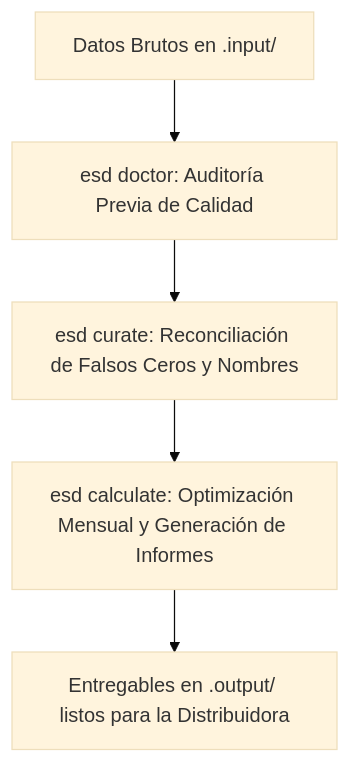
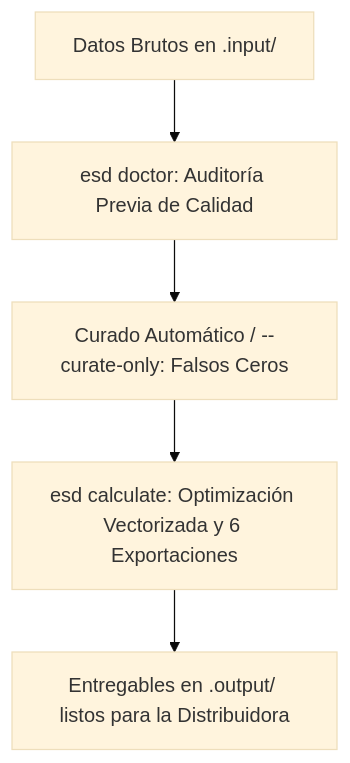
The second of 2 diagrams in docs/GUIDE_ES.md (marcosDLCS/electricity-share-distributor), drawn with Mermaid (base theme) before and after one commit. The commit also changed other lines of this file and 6 other files, not shown here.

````diff
--- a/docs/GUIDE_ES.md
+++ b/docs/GUIDE_ES.md
@@ -209,7 +170,7 @@
 ```mermaid
 graph TD
     A[Datos Brutos en .input/] --> B[esd doctor: Auditoría Previa de Calidad]
-    B --> C[esd curate: Reconciliación de Falsos Ceros y Nombres]
-    C --> D[esd calculate: Optimización Mensual y Generación de Informes]
+    B --> C[Curado Automático / --curate-only: Falsos Ceros]
+    C --> D[esd calculate: Optimización Vectorizada y 6 Exportaciones]
     D --> E[Entregables en .output/ listos para la Distribuidora]
 ```
````
